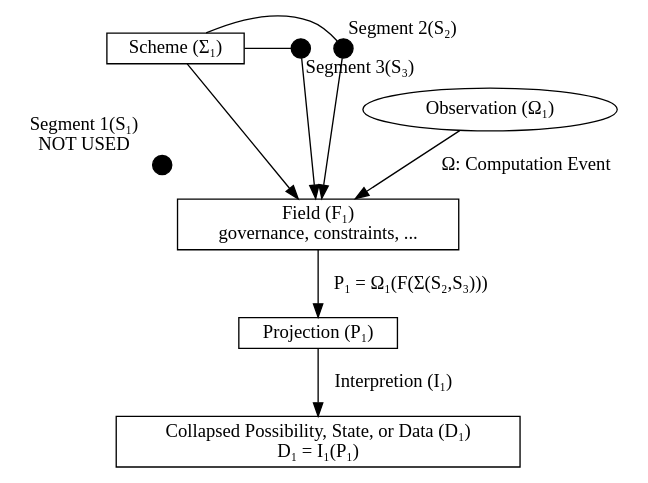
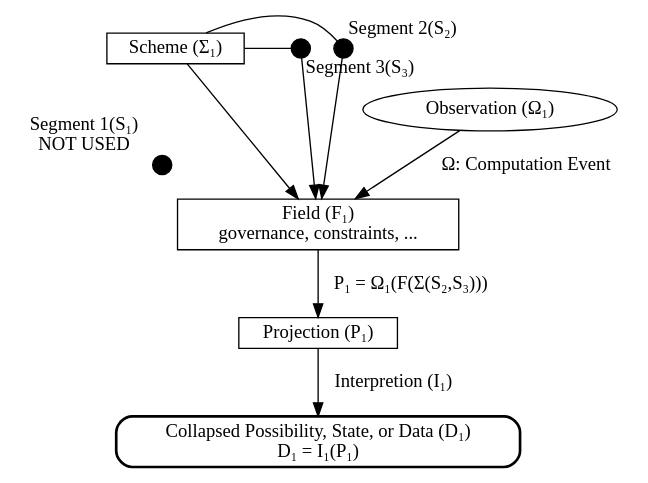
The first of 8 diagrams in docs/Whitepaper.qmd (ssccsorg/ssccs), drawn with Graphviz before and after one commit. The commit also changed other lines of this file and 3 other files, not shown here.

Commit message:
wp: update graph and fix an encoding

````diff
--- a/docs/Whitepaper.qmd
+++ b/docs/Whitepaper.qmd
@@ -148,53 +149,53 @@
 ```{dot}
 //| label: fig-ontology
 //| fig-cap: "SSCCS Ontology: Three irreducible layers"
 digraph SSCCS_Ontology {
     node [shape=rect];
     
     // Static Infrastructure: Immutable physical coordinates (S1 is defined but not utilized)
     node [shape=point, width=0.2, height=0.2];
     s1 [xlabel="Segment 1(S₁)\nNOT USED"];
     s2 [xlabel="Segment 2(S₂)"];
     s3 [xlabel="Segment 3(S₃)"];
     
     // Structural Blueprint: Topological configuration of segments
     Scheme [label="Scheme (Σ₁)", shape=rect];
     
     // Dynamic Governance: The medium for constraints and field propagation
     Field [label="Field (F₁)\ngovernance, constraints, ...", shape=rect];
     
     // Computation Event: The triggering observation that initiates projection
     Observation [label="Observation (Ω₁)", shape=ellipse];
     
     // Manifested State: The output of the field under observation
     Projection [label="Projection (P₁)\n", shape=box];
 
     // Final Deterministic State: Interpreted data from the projection
-    Data [label="Collapsed Possibility, State, or Data (D₁)\nD₁ = I₁(P₁)", shape=box];
+    Data [label="Collapsed Possibility, State, or Data (D₁)\nD₁ = I₁(P₁)",shape=box, style=rounded, penwidth=2];
     
     // Structural Binding: Defines the static relationship between Scheme and Segments
     {rank=source;
         edge [arrowhead=none, style=solid];
         Scheme -> s2;
         Scheme -> s3;
     }
     
     // Structural Input: Topology and Segments define the Field's boundary conditions
     edge [arrowhead=normal];
     Scheme -> Field;
 
     edge [arrowhead=normal];
     s2 -> Field;
     s3 -> Field;
 
     // Trigger Mechanism: Observation acts as the operator on the Field
     edge [arrowhead=normal, style=solid];
     Observation -> Field [label="Ω: Computation Event"];
     
     // Resultant Projection: Field manifests the state through the observation operator
     Field -> Projection [label="P₁ = Ω₁(F(Σ(S₂,S₃)))"];
 
     // Data Derivation: The final step of interpreting physical projection into data
     Projection -> Data [label="Interpretion (I₁)"];
 }
 ```
````
